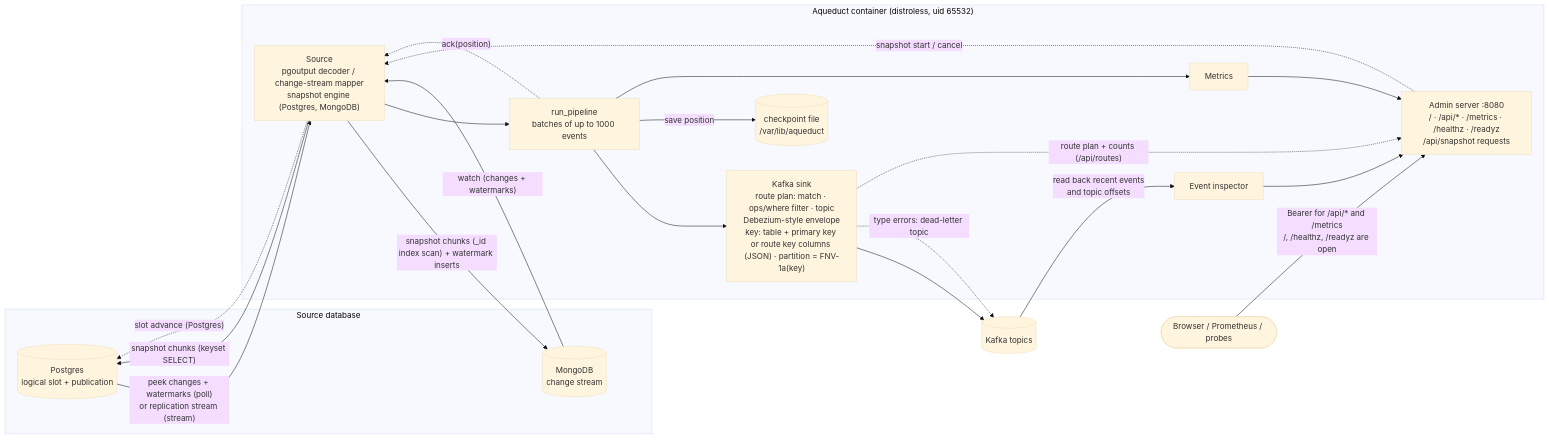
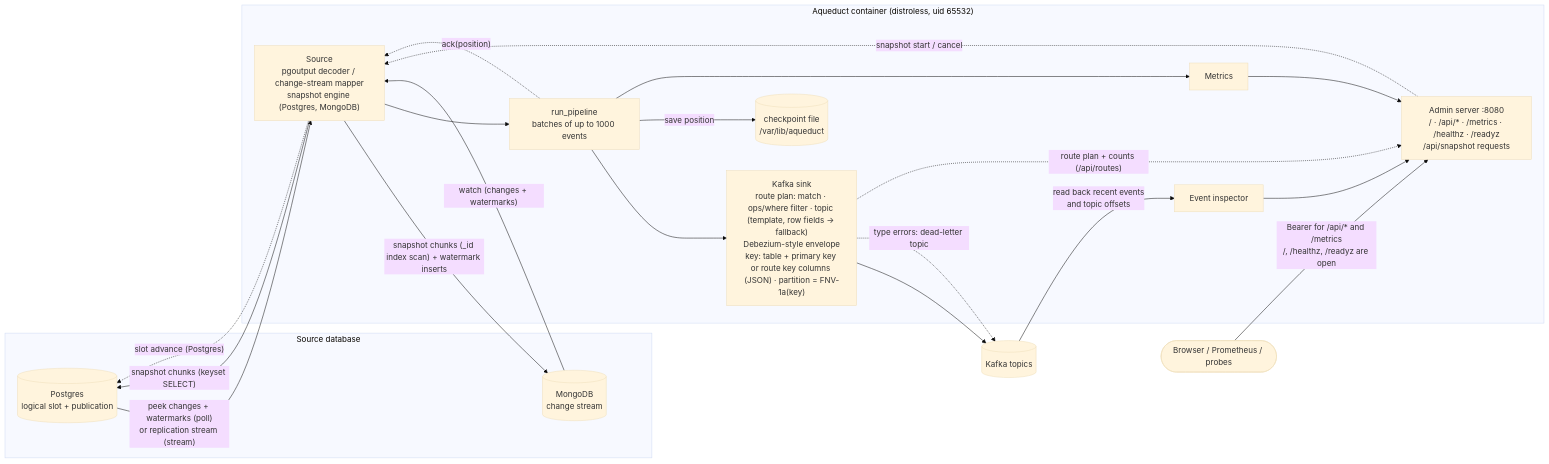
Before and after one commit to yarncraft/aqueduct: the first of 3 diagrams in README.md, drawn with Mermaid (base theme). The commit also changed other lines of this file and 13 other files, not shown here.

First line of the commit message:
feat(routing): choose the topic from the row's contents (#82) (#147)

````diff
--- a/README.md
+++ b/README.md
@@ -18,35 +18,35 @@
 ```mermaid
 flowchart LR
     subgraph db["Source database"]
         PG[("Postgres<br/>logical slot + publication")]
         MG[("MongoDB<br/>change stream")]
     end
 
     subgraph aq["Aqueduct container (distroless, uid 65532)"]
         SRC["Source<br/>pgoutput decoder / change-stream mapper<br/>snapshot engine (Postgres, MongoDB)"]
         PIPE["run_pipeline<br/>batches of up to 1000 events"]
-        SINK["Kafka sink<br/>route plan: match · ops/where filter · topic<br/>Debezium-style envelope<br/>key: table + primary key or route key columns (JSON) · partition = FNV-1a(key)"]
+        SINK["Kafka sink<br/>route plan: match · ops/where filter · topic (template, row fields → fallback)<br/>Debezium-style envelope<br/>key: table + primary key or route key columns (JSON) · partition = FNV-1a(key)"]
         CK[("checkpoint file<br/>/var/lib/aqueduct")]
         MET["Metrics"]
         ADM["Admin server :8080<br/>/ · /api/* · /metrics · /healthz · /readyz<br/>/api/snapshot requests"]
         INS["Event inspector"]
     end
 
     K[("Kafka topics")]
     U(["Browser / Prometheus / probes"])
 
     PG -- "peek changes + watermarks (poll)<br/>or replication stream (stream)" --> SRC
     SRC -- "snapshot chunks (keyset SELECT)" --> PG
     MG -- "watch (changes + watermarks)" --> SRC
     SRC -- "snapshot chunks (_id index scan) + watermark inserts" --> MG
     SRC --> PIPE --> SINK --> K
     SINK -. "type errors: dead-letter topic" .-> K
     SINK -. "route plan + counts (/api/routes)" .-> ADM
     PIPE -- "save position" --> CK
     PIPE -. "ack(position)" .-> SRC
     SRC -. "slot advance (Postgres)" .-> PG
     PIPE --> MET --> ADM
     ADM -. "snapshot start / cancel" .-> SRC
     K -- "read back recent events<br/>and topic offsets" --> INS --> ADM
     U -- "Bearer for /api/* and /metrics<br/>/, /healthz, /readyz are open" --> ADM
 ```
````
